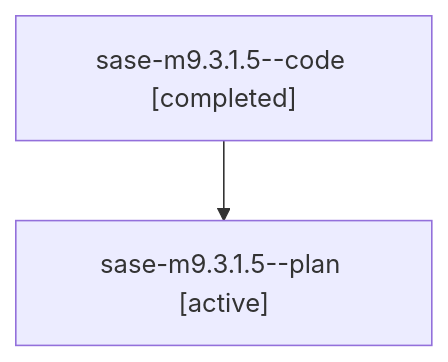
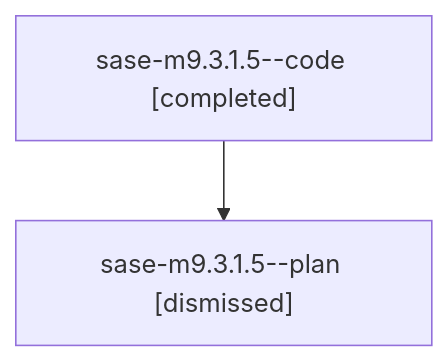
One commit to sase-org/sase--agents changed the diagram in sessions/bbugyi200.athena.sase-m9.3.1.5.md. Above: the diagram before and after it, drawn with Mermaid. The commit also changed other lines of this file and 218 other files, not shown here.

````diff
--- a/sessions/bbugyi200.athena.sase-m9.3.1.5.md
+++ b/sessions/bbugyi200.athena.sase-m9.3.1.5.md
@@ -9,6 +9,6 @@
 ```mermaid
 flowchart TD
   n0["sase-m9.3.1.5--code [completed]"]
-  n1["sase-m9.3.1.5--plan [active]"]
+  n1["sase-m9.3.1.5--plan [dismissed]"]
   n0 --> n1
 ```
````
